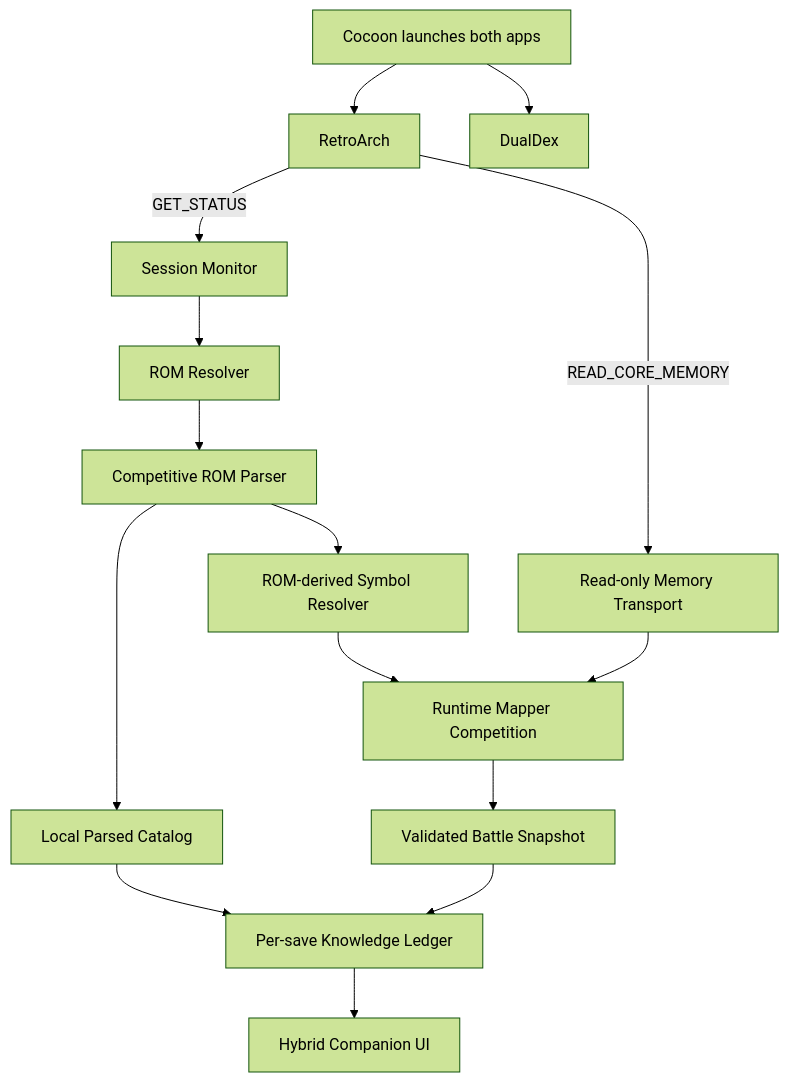
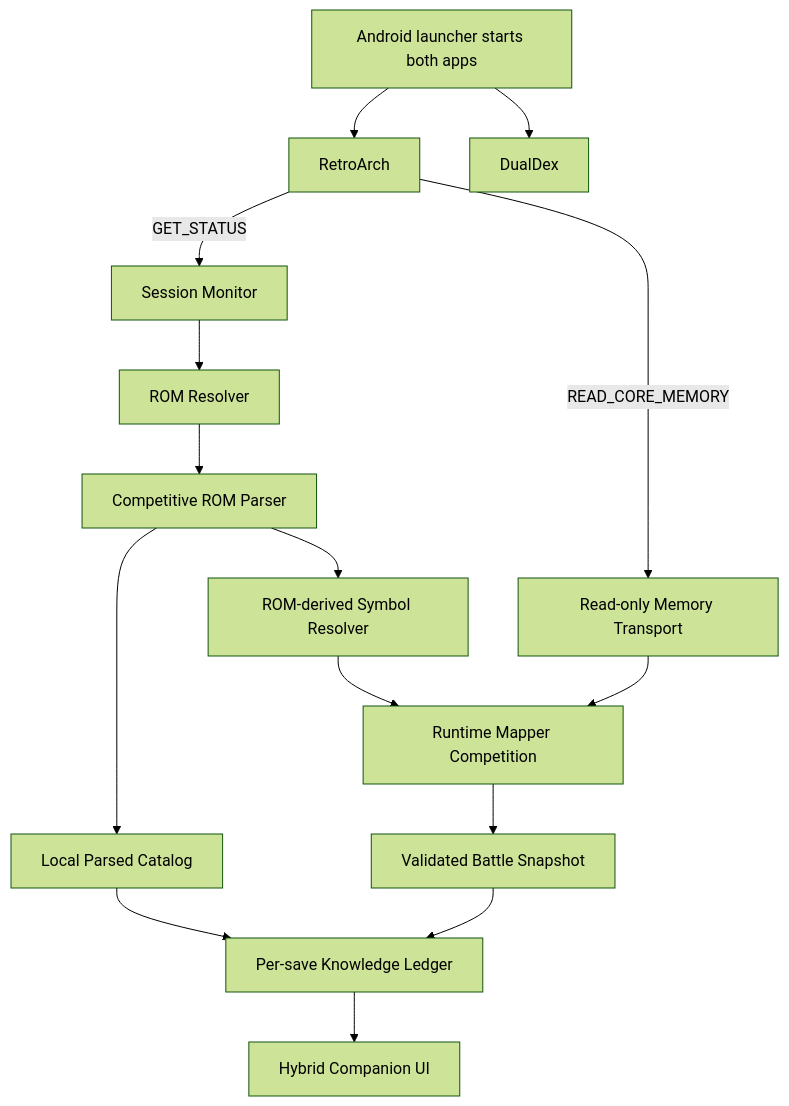
The diagram in README.md (Darkaxt/DualScreenDex), drawn with Mermaid (forest theme) before and after one commit. The commit also changed other lines of this file and 50 other files, not shown here.

Commit message:
feat: activate catalogs from RetroArch sessions

````diff
--- a/README.md
+++ b/README.md
@@ -130,17 +131,17 @@
 ```mermaid
 flowchart TD
-    C[Cocoon launches both apps] --> RA[RetroArch]
+    C[Android launcher starts both apps] --> RA[RetroArch]
     C --> DD[DualDex]
     RA -->|GET_STATUS| S[Session Monitor]
     S --> R[ROM Resolver]
     R --> P[Competitive ROM Parser]
     P --> CAT[Local Parsed Catalog]
     P --> SR[ROM-derived Symbol Resolver]
     RA -->|READ_CORE_MEMORY| M[Read-only Memory Transport]
     SR --> RM[Runtime Mapper Competition]
     M --> RM
     RM --> B[Validated Battle Snapshot]
     B --> K[Per-save Knowledge Ledger]
     CAT --> K
     K --> UI[Hybrid Companion UI]
 ```
````
